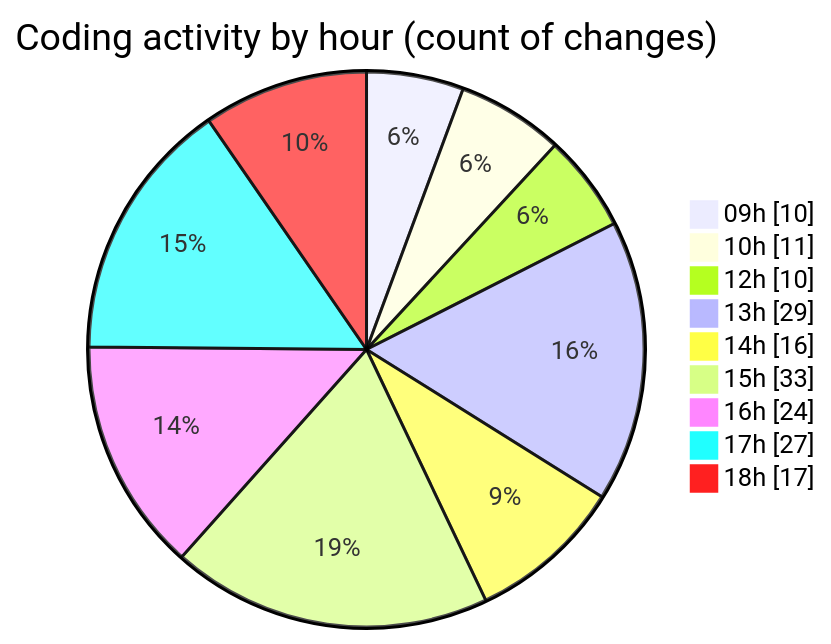
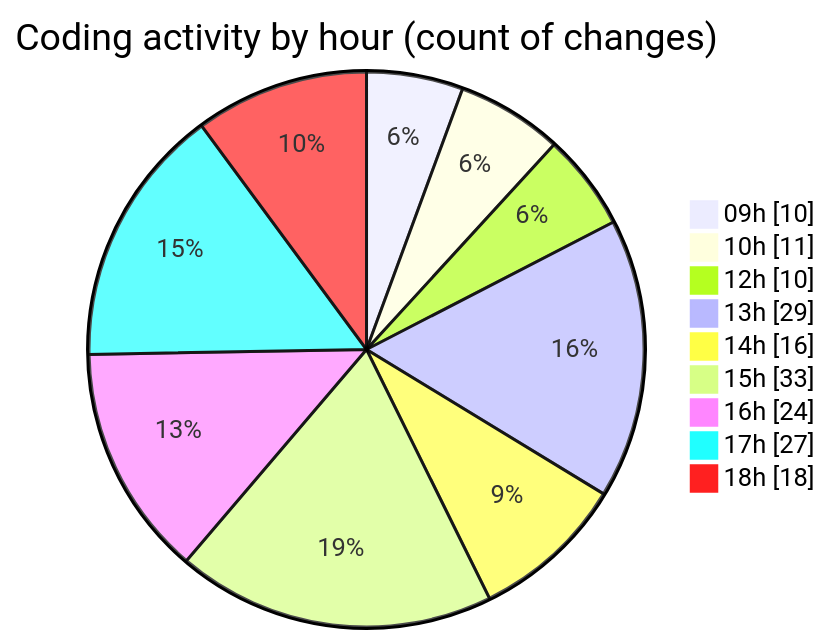
Before and after one commit to momahboobian/code-tracking: the second of 2 diagrams in 2025-09-12/cda/README.md, drawn with Mermaid. The commit also changed other lines of this file and 1 other file, not shown here.

````diff
--- a/2025-09-12/cda/README.md
+++ b/2025-09-12/cda/README.md
@@ -48,13 +48,13 @@
 ```mermaid
 pie showData
 title Coding activity by hour (count of changes)
 "09h" : 10
 "10h" : 11
 "12h" : 10
 "13h" : 29
 "14h" : 16
 "15h" : 33
 "16h" : 24
 "17h" : 27
-"18h" : 17
+"18h" : 18
 ```
````
